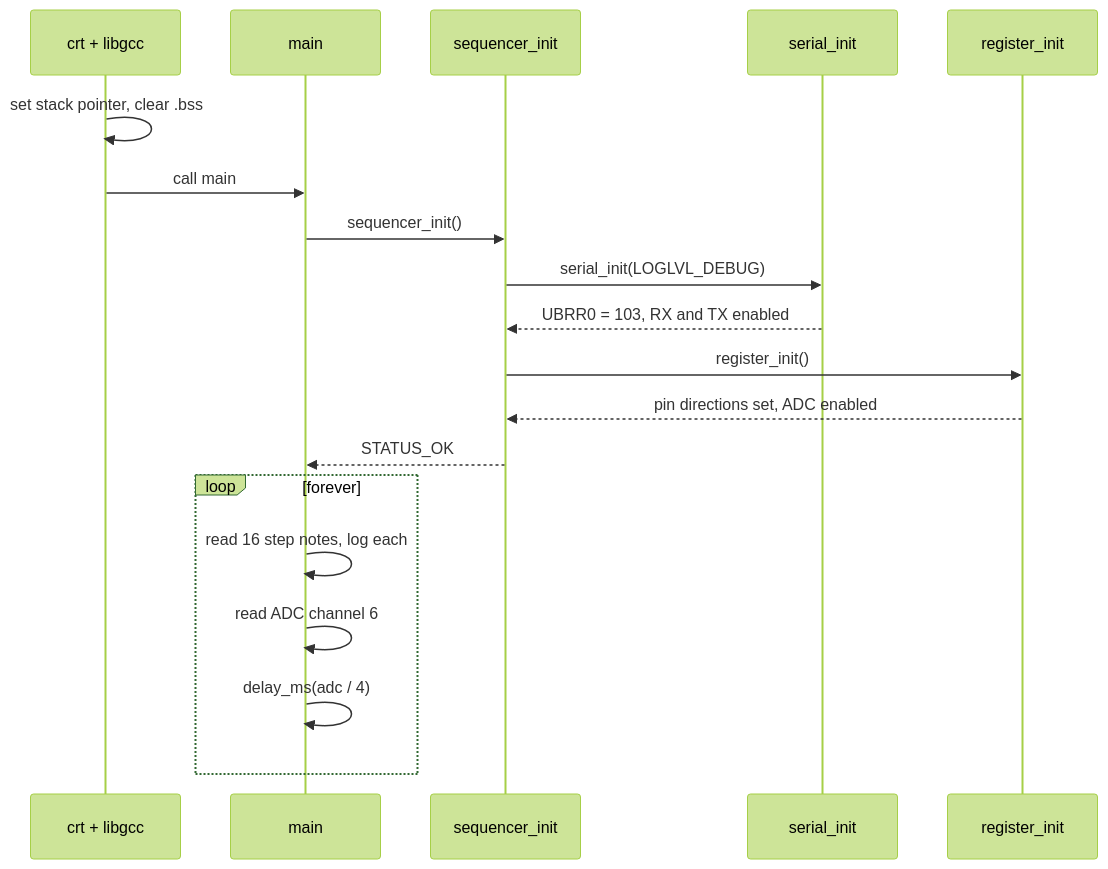
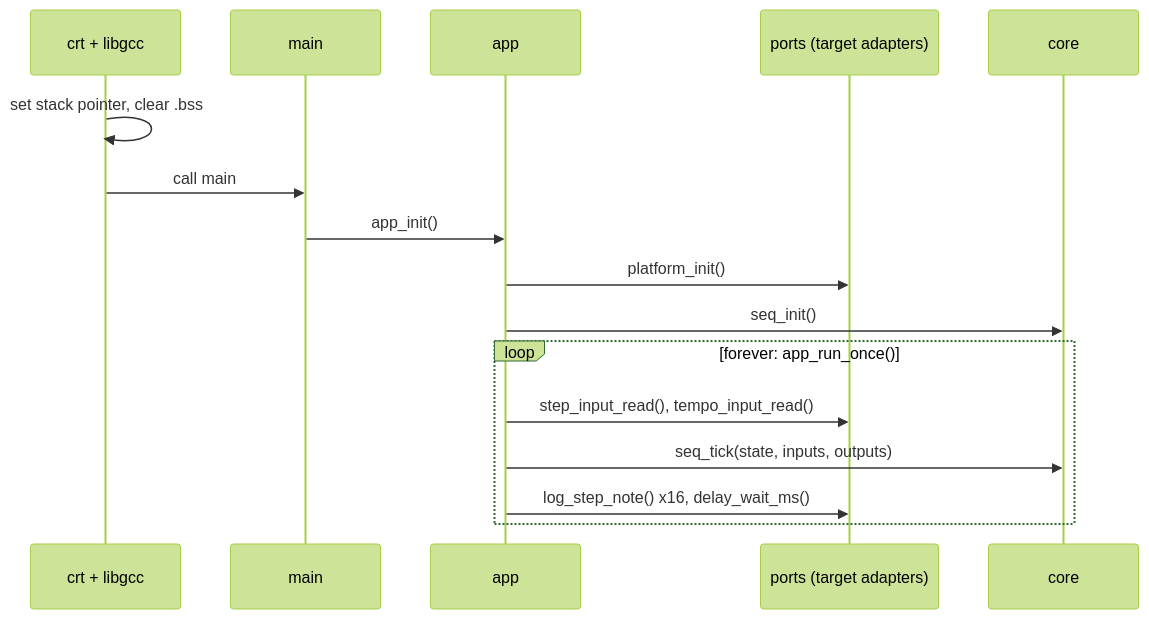
One commit to BonelessPig/nano_sequencer changed the second of 2 diagrams in docs/ARCHITECTURE.md. Above: the diagram before and after it, drawn with Mermaid (forest theme). The commit also changed other lines of this file and 1 other file, not shown here.

First line of the commit message:
Update README and architecture doc for ports and adapters

````diff
--- a/docs/ARCHITECTURE.md
+++ b/docs/ARCHITECTURE.md
@@ -64,21 +70,18 @@
 ```mermaid
 sequenceDiagram
     participant CRT as crt + libgcc
     participant M as main
-    participant I as sequencer_init
-    participant S as serial_init
-    participant R as register_init
+    participant A as app
+    participant P as ports (target adapters)
+    participant C as core
     CRT->>CRT: set stack pointer, clear .bss
     CRT->>M: call main
-    M->>I: sequencer_init()
-    I->>S: serial_init(LOGLVL_DEBUG)
-    S-->>I: UBRR0 = 103, RX and TX enabled
-    I->>R: register_init()
-    R-->>I: pin directions set, ADC enabled
-    I-->>M: STATUS_OK
-    loop forever
-        M->>M: read 16 step notes, log each
-        M->>M: read ADC channel 6
-        M->>M: delay_ms(adc / 4)
+    M->>A: app_init()
+    A->>P: platform_init()
+    A->>C: seq_init()
+    loop forever: app_run_once()
+        A->>P: step_input_read(), tempo_input_read()
+        A->>C: seq_tick(state, inputs, outputs)
+        A->>P: log_step_note() x16, delay_wait_ms()
     end
 ```
````
